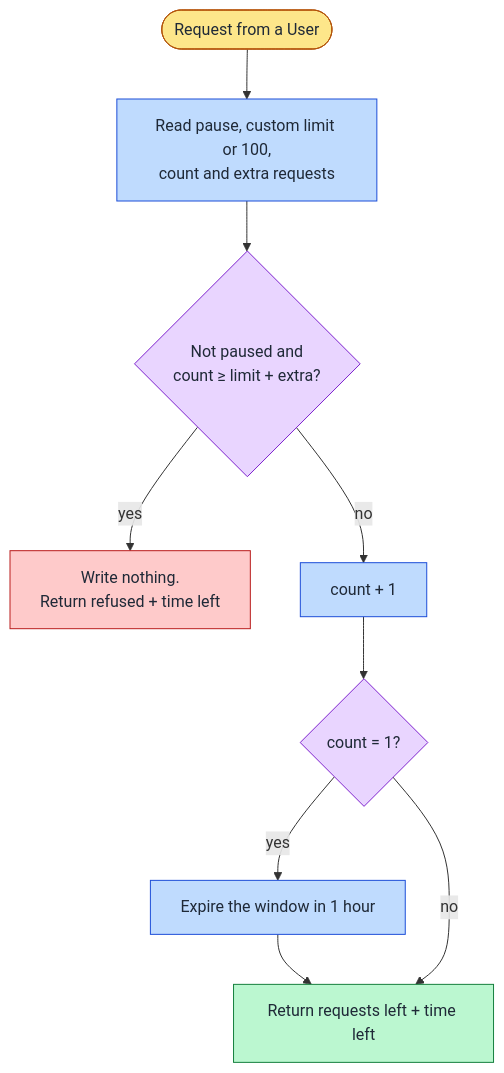
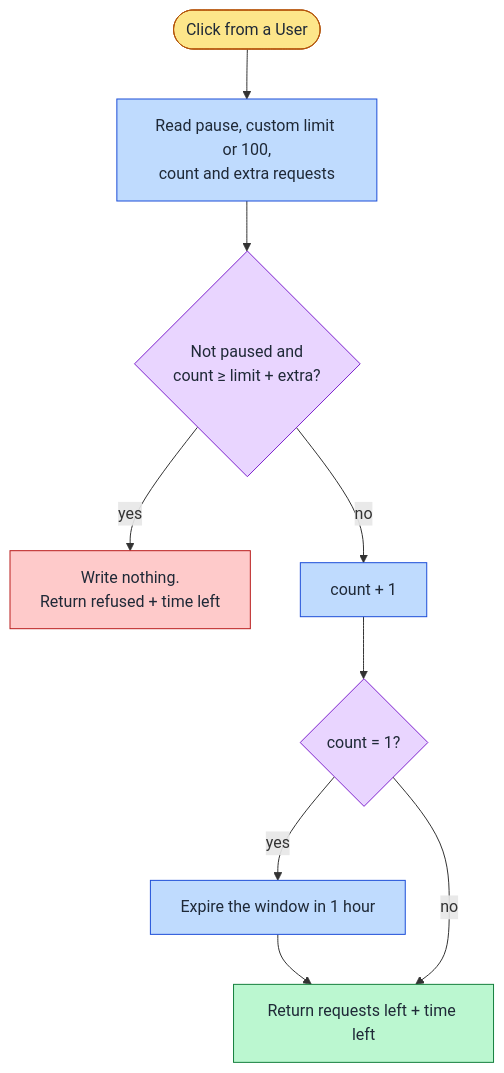
Before and after one commit to nitzanto/ratewatch: the diagram in apps/docs/src/content/docs/adrs/rate-limit-store.md, drawn with Mermaid. The commit also changed other lines of this file and 9 other files, not shown here.

````diff
--- a/apps/docs/src/content/docs/adrs/rate-limit-store.md
+++ b/apps/docs/src/content/docs/adrs/rate-limit-store.md
@@ -67,16 +69,16 @@
 ```mermaid
 flowchart TB
-  start([Request from a User]):::person --> read["Read pause, custom limit or 100,<br/>count and extra requests"]:::step
+  start([Click from a User]):::person --> read["Read pause, custom limit or 100,<br/>count and extra requests"]:::step
   read --> check{"Not paused and<br/>count ≥ limit + extra?"}:::decision
   check -- yes --> refuse["Write nothing.<br/>Return refused + time left"]:::refused
   check -- no --> incr["count + 1"]:::step
   incr --> first{"count = 1?"}:::decision
   first -- yes --> expire["Expire the window in 1 hour"]:::step --> allow
   first -- no --> allow["Return requests left + time left"]:::allowed
 
   classDef person fill:#fde68a,stroke:#b45309,color:#1f2937
   classDef step fill:#bfdbfe,stroke:#1d4ed8,color:#1f2937
   classDef decision fill:#e9d5ff,stroke:#7e22ce,color:#1f2937
   classDef allowed fill:#bbf7d0,stroke:#15803d,color:#1f2937
   classDef refused fill:#fecaca,stroke:#b91c1c,color:#1f2937
 ```
````
